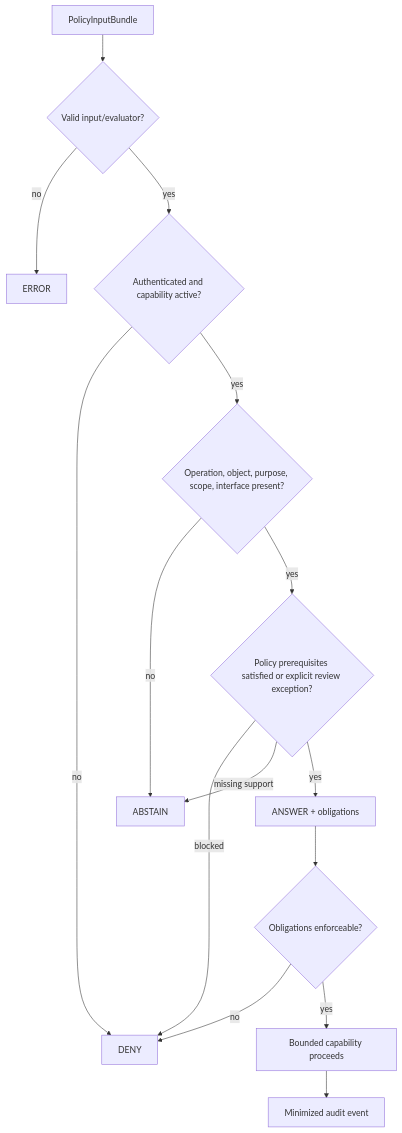
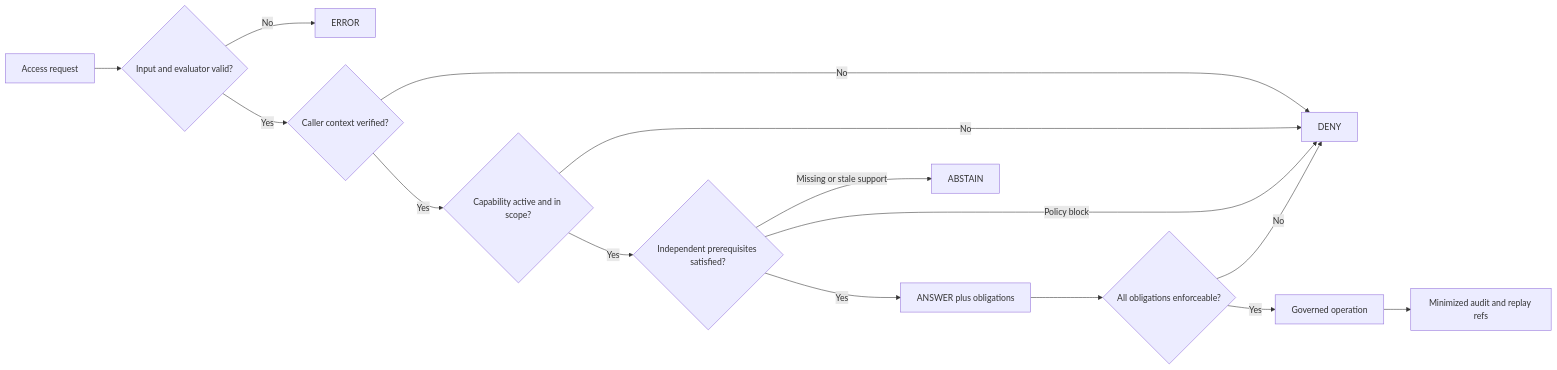
Before and after one commit to bartytime4life/Kansas-Frontier-Matrix: the diagram in policy/access/README.md, drawn with Mermaid. The commit also changed other lines of this file, not shown here.

Commit message:
docs(policy): modernize access boundary

````diff
--- a/policy/access/README.md
+++ b/policy/access/README.md
@@ -298,17 +428,17 @@
 ```mermaid
-flowchart TD
-    A["PolicyInputBundle"] --> B{"Valid input/evaluator?"}
-    B -->|no| E["ERROR"]
-    B -->|yes| C{"Authenticated and capability active?"}
-    C -->|no| D["DENY"]
-    C -->|yes| F{"Operation, object, purpose, scope, interface present?"}
-    F -->|no| G["ABSTAIN"]
-    F -->|yes| H{"Policy prerequisites satisfied or explicit review exception?"}
-    H -->|blocked| D
-    H -->|missing support| G
-    H -->|yes| I["ANSWER + obligations"]
-    I --> J{"Obligations enforceable?"}
-    J -->|no| D
-    J -->|yes| K["Bounded capability proceeds"]
-    K --> L["Minimized audit event"]
+flowchart LR
+    R[Access request] --> I{Input and evaluator valid?}
+    I -->|No| E[ERROR]
+    I -->|Yes| A{Caller context verified?}
+    A -->|No| D[DENY]
+    A -->|Yes| G{Capability active and in scope?}
+    G -->|No| D
+    G -->|Yes| P{Independent prerequisites satisfied?}
+    P -->|Missing or stale support| B[ABSTAIN]
+    P -->|Policy block| D
+    P -->|Yes| O[ANSWER plus obligations]
+    O --> X{All obligations enforceable?}
+    X -->|No| D
+    X -->|Yes| C[Governed operation]
+    C --> Q[Minimized audit and replay refs]
 ```
````
